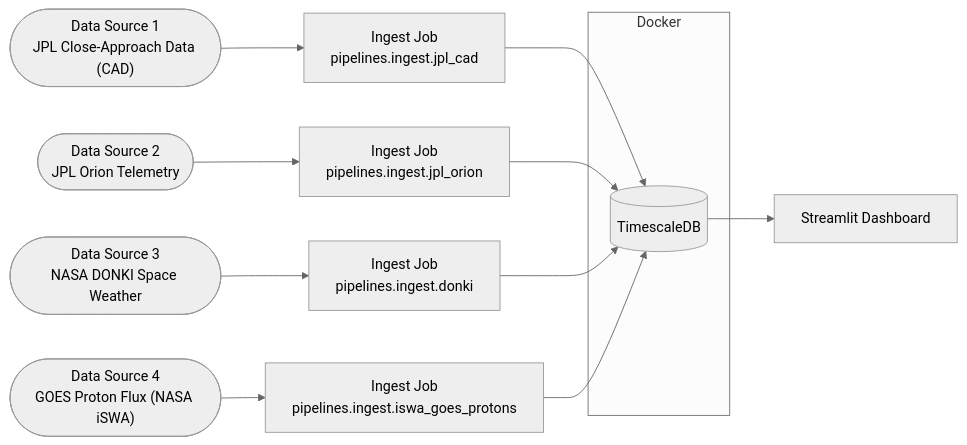
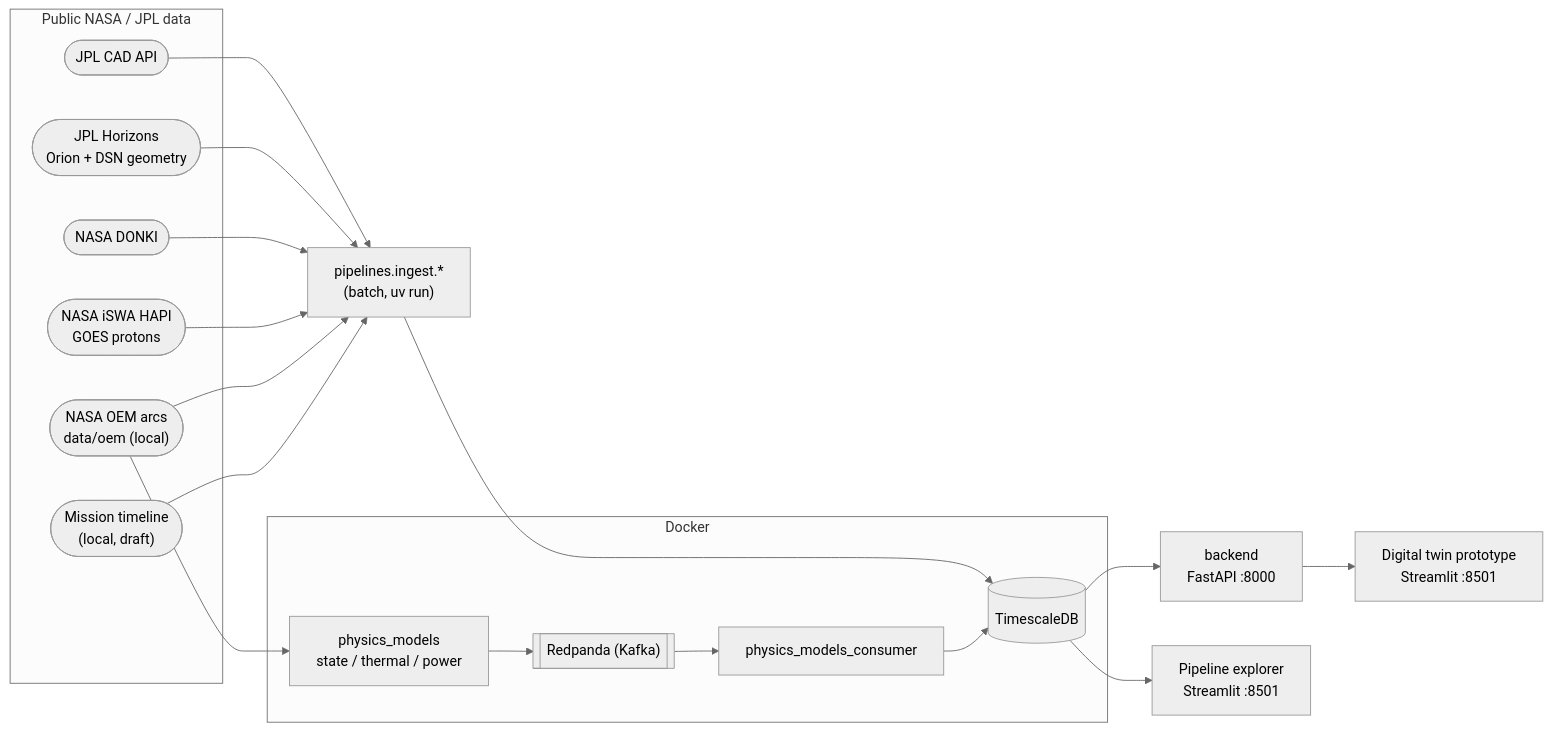
One commit to datatribe-collective-labs/telemetry changed the diagram in README.md. Above: the diagram before and after it, drawn with Mermaid (neutral theme). The commit also changed other lines of this file and 10 other files, not shown here.

First line of the commit message:
docs: refresh docs for the backend/digital-twin PR and clean up stale content

````diff
--- a/README.md
+++ b/README.md
@@ -20,27 +32,32 @@
 ```mermaid
 flowchart LR
-    Source1(["Data Source 1\nJPL Close-Approach Data (CAD)"])
-    Source2(["Data Source 2\nJPL Orion Telemetry"])
-    Source3(["Data Source 3\nNASA DONKI Space Weather"])
-    Source4(["Data Source 4\nGOES Proton Flux (NASA iSWA)"])
-    Ingest1["Ingest Job\npipelines.ingest.jpl_cad"]
-    Ingest2["Ingest Job\npipelines.ingest.jpl_orion"]
-    Ingest3["Ingest Job\npipelines.ingest.donki"]
-    Ingest4["Ingest Job\npipelines.ingest.iswa_goes_protons"]
-    DB[("TimescaleDB\n")]
-    Dash["Streamlit Dashboard\n"]
+    subgraph Sources["Public NASA / JPL data"]
+        CAD(["JPL CAD API"])
+        HZN(["JPL Horizons\nOrion + DSN geometry"])
+        DONKI(["NASA DONKI"])
+        ISWA(["NASA iSWA HAPI\nGOES protons"])
+        OEM(["NASA OEM arcs\ndata/oem (local)"])
+        EVT(["Mission timeline\n(local, draft)"])
+    end
 
-    Source1 --> Ingest1
-    Source2 --> Ingest2
-    Source3 --> Ingest3
-    Source4 --> Ingest4
-    Ingest1 --> DB
-    Ingest2 --> DB
-    Ingest3 --> DB
-    Ingest4 --> DB
-    DB --> Dash
+    Ingest["pipelines.ingest.*\n(batch, uv run)"]
+    Physics["physics_models\nstate / thermal / power"]
+    Kafka[["Redpanda (Kafka)"]]
+    Consumer["physics_models_consumer"]
+    DB[("TimescaleDB")]
+    API["backend\nFastAPI :8000"]
+    Explorer["Pipeline explorer\nStreamlit :8501"]
+    Proto["Digital twin prototype\nStreamlit :8501"]
+
+    CAD & HZN & DONKI & ISWA & OEM & EVT --> Ingest --> DB
+    OEM --> Physics --> Kafka --> Consumer --> DB
+    DB --> API --> Proto
+    DB --> Explorer
 
     subgraph Docker["Docker"]
         DB
+        Kafka
+        Physics
+        Consumer
     end
 ```
````
